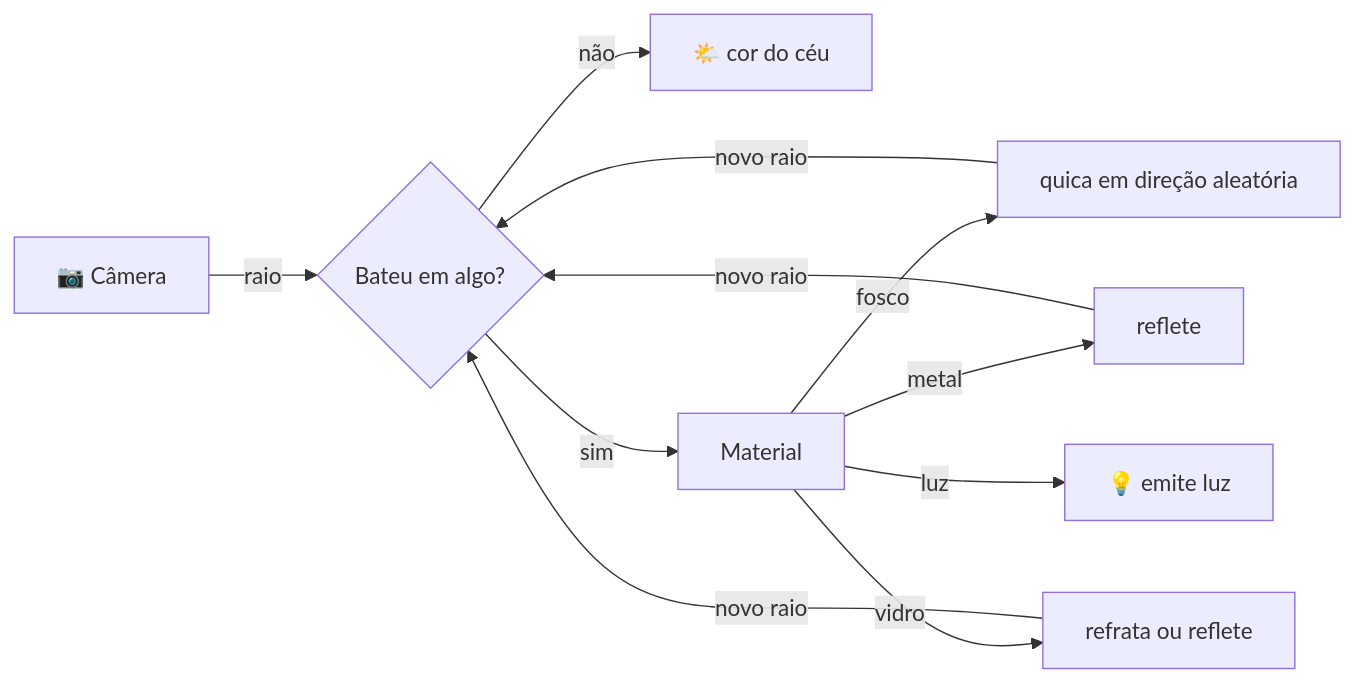
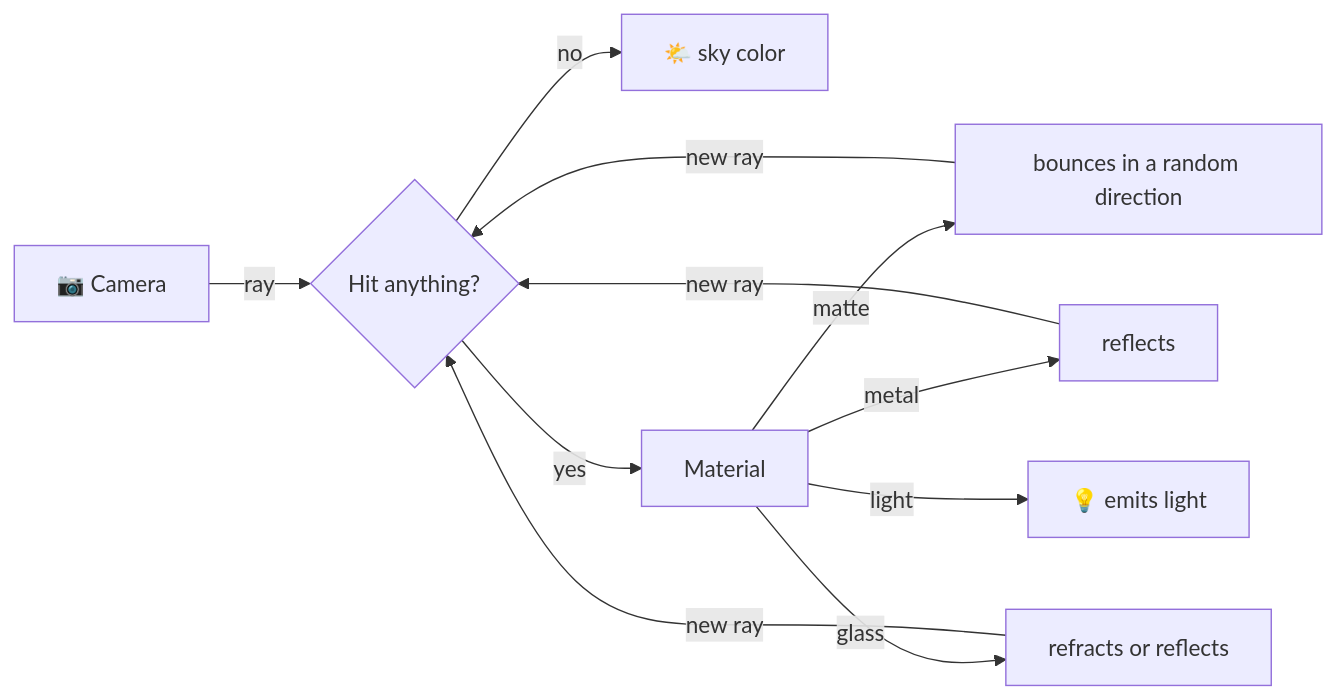
The diagram in README.md (b4el/ray-tracer), drawn with Mermaid before and after one commit. The commit also changed other lines of this file and 1 other file, not shown here.

````diff
--- a/README.md
+++ b/README.md
@@ -85,11 +89,11 @@
 ```mermaid
 flowchart LR
-    C[📷 Câmera] -->|raio| P{Bateu em algo?}
-    P -->|não| Ceu[🌤️ cor do céu]
-    P -->|sim| M[Material]
-    M -->|fosco| D[quica em direção aleatória]
-    M -->|metal| R[reflete]
-    M -->|vidro| V[refrata ou reflete]
-    M -->|luz| L[💡 emite luz]
-    D & R & V -->|novo raio| P
+    C[📷 Camera] -->|ray| P{Hit anything?}
+    P -->|no| Sky[🌤️ sky color]
+    P -->|yes| M[Material]
+    M -->|matte| D[bounces in a random direction]
+    M -->|metal| R[reflects]
+    M -->|glass| V[refracts or reflects]
+    M -->|light| L[💡 emits light]
+    D & R & V -->|new ray| P
 ```
````
